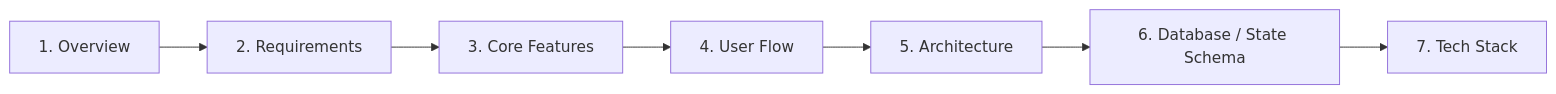
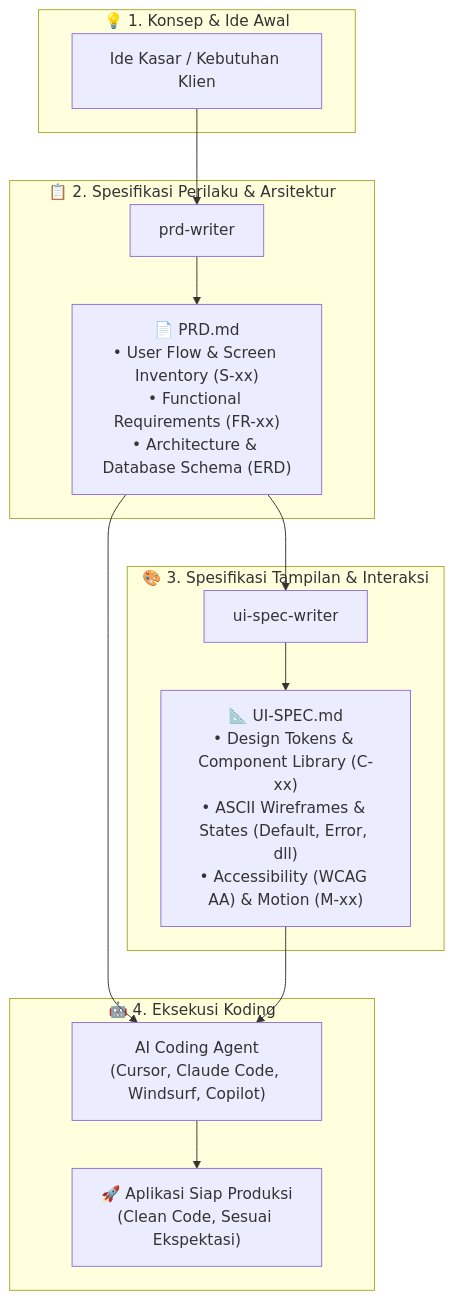
One commit to chandrapratamalab/phantom-skill changed the diagram in README.md. Above: the diagram before and after it, drawn with Mermaid. The commit also changed other lines of this file, not shown here.

````diff
--- a/README.md
+++ b/README.md
@@ -88,9 +17,25 @@
 ```mermaid
-flowchart LR
-    A["1. Overview"] --> B["2. Requirements"]
-    B --> C["3. Core Features"]
-    C --> D["4. User Flow"]
-    D --> E["5. Architecture"]
-    E --> F["6. Database / State Schema"]
-    F --> G["7. Tech Stack"]
+flowchart TD
+    subgraph Ideation ["💡 1. Konsep & Ide Awal"]
+        A["Ide Kasar / Kebutuhan Klien"]
+    end
+
+    subgraph Behavior ["📋 2. Spesifikasi Perilaku & Arsitektur"]
+        B["prd-writer"] --> C["📄 PRD.md\n• User Flow & Screen Inventory (S-xx)\n• Functional Requirements (FR-xx)\n• Architecture & Database Schema (ERD)"]
+    end
+
+    subgraph UI ["🎨 3. Spesifikasi Tampilan & Interaksi"]
+        D["ui-spec-writer"] --> E["📐 UI-SPEC.md\n• Design Tokens & Component Library (C-xx)\n• ASCII Wireframes & States (Default, Error, dll)\n• Accessibility (WCAG AA) & Motion (M-xx)"]
+    end
+
+    subgraph Code ["🤖 4. Eksekusi Koding"]
+        F["AI Coding Agent\n(Cursor, Claude Code, Windsurf, Copilot)"]
+        G["🚀 Aplikasi Siap Produksi\n(Clean Code, Sesuai Ekspektasi)"]
+    end
+
+    A --> B
+    C --> D
+    C --> F
+    E --> F
+    F --> G
 ```
````
